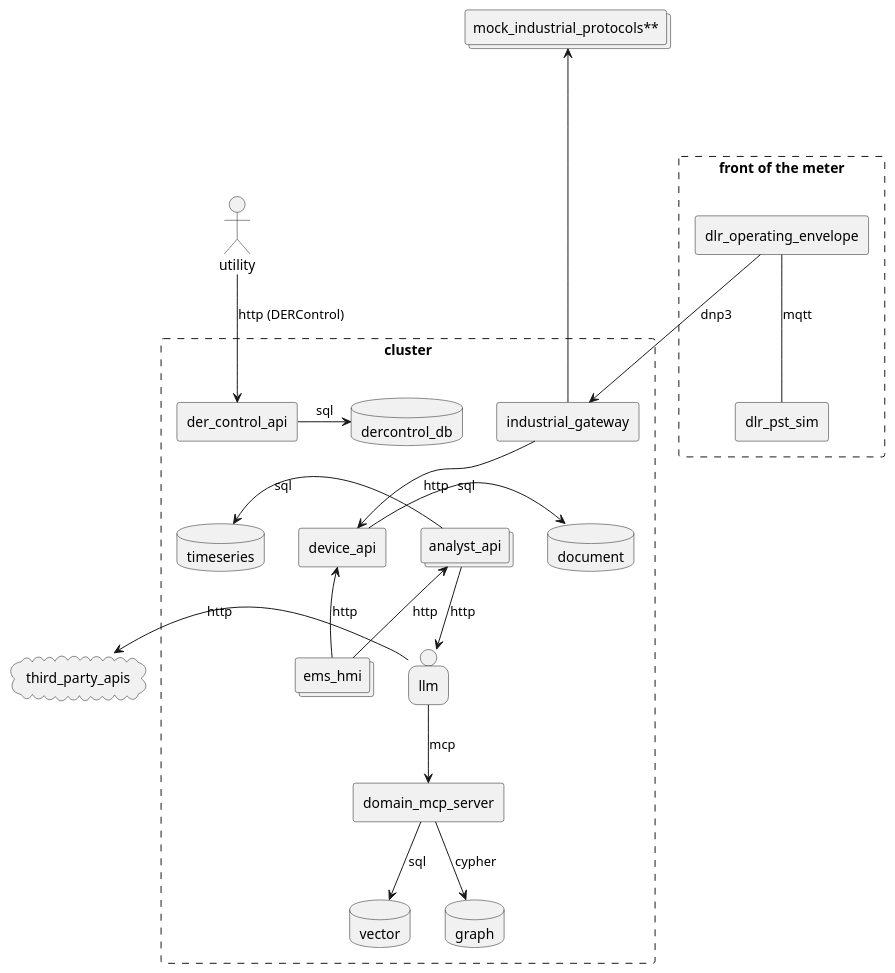
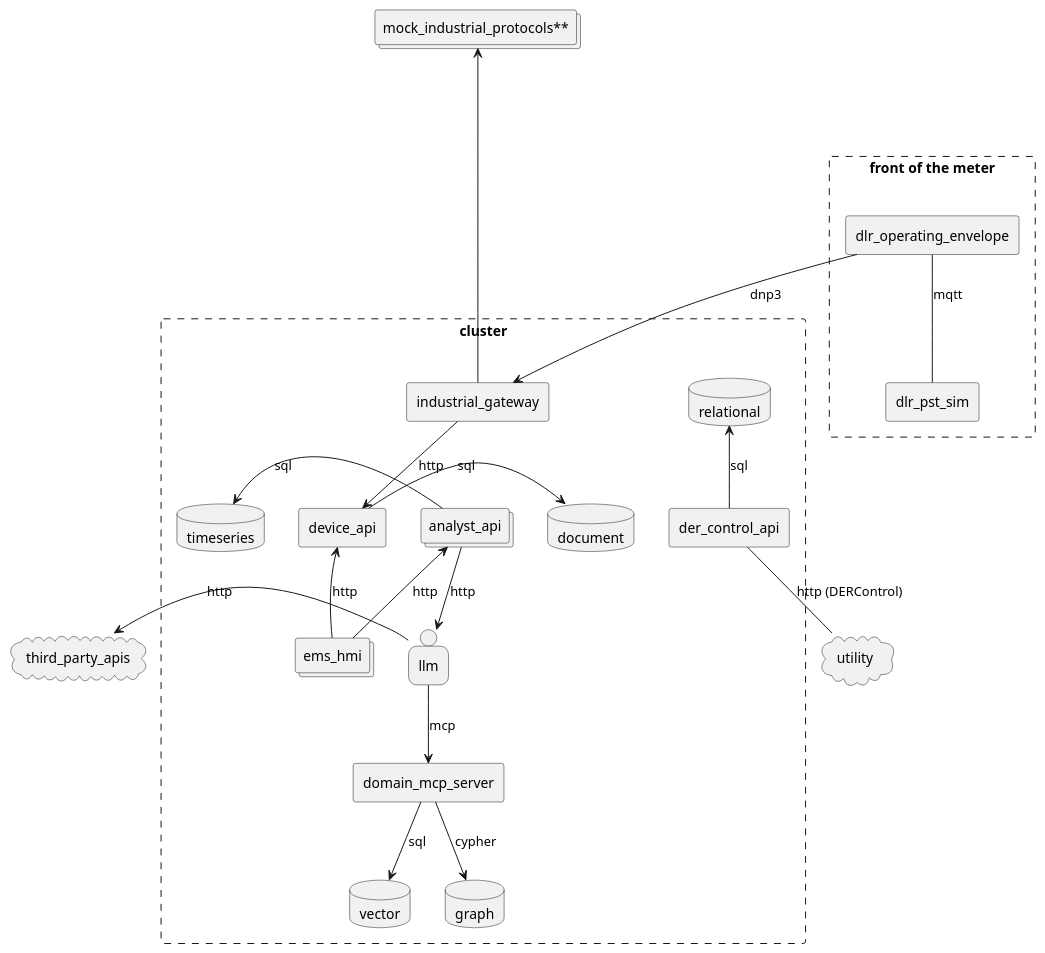
The first of 6 diagrams in readme.md (arcnode-io/ems), drawn with PlantUML before and after one commit. The commit also changed other lines of this file, not shown here.

Commit message:
📐 docs(diagrams): rename dercontrol_db to relational, utility to cloud actor

````diff
--- a/readme.md
+++ b/readme.md
@@ -29,38 +29,38 @@
 ```plantuml
 collections "mock_industrial_protocols**" as mock_industrial_protocols
 rectangle  "front of the meter" #line.dashed {
   rectangle dlr_operating_envelope
   rectangle dlr_pst_sim
 }
 cloud third_party_apis
-actor utility
+cloud utility
 rectangle cluster #line.dashed {
     rectangle industrial_gateway
     rectangle device_api
     rectangle der_control_api
     database timeseries
     database vector
     database graph
-    database dercontrol_db
+    database relational
     collections analyst_api
     database document
     collections ems_hmi
     person llm
     rectangle domain_mcp_server
 }
 dlr_operating_envelope -- dlr_pst_sim: mqtt
 dlr_operating_envelope --> industrial_gateway: dnp3  
 industrial_gateway -u---> mock_industrial_protocols
 industrial_gateway --> device_api: http
 ems_hmi -u-> device_api: http
 device_api -r-> document: sql
-utility --> der_control_api: http (DERControl)
-der_control_api -r-> dercontrol_db: sql
+utility -u- der_control_api: http (DERControl)
+der_control_api -u-> relational: sql
 analyst_api -l-> timeseries: sql
 llm -d-> domain_mcp_server: mcp
 domain_mcp_server -d-> vector: sql
 domain_mcp_server -d-> graph: cypher
 ems_hmi -u-> analyst_api: http
 analyst_api -d-> llm: http
 llm -l-> third_party_apis: http
 ```
````
